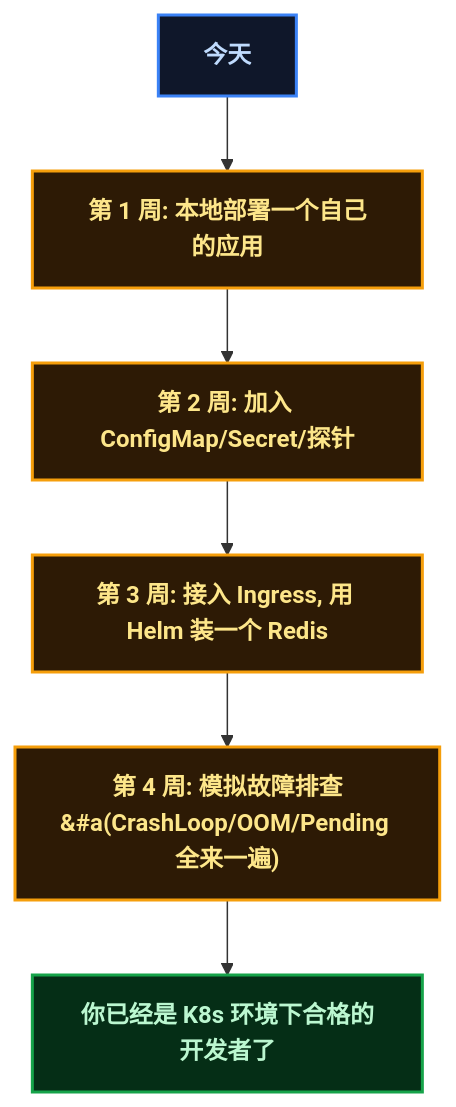
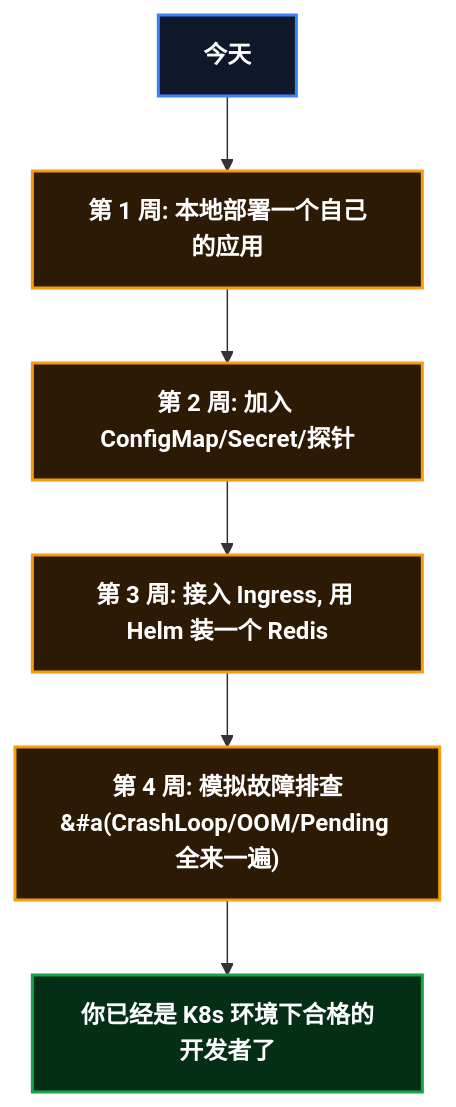
The fifth of 5 diagrams in content/posts/kubernetes/K8sDeveloperPanorama.md (yaocat55/yaocat55.github.io), drawn with Mermaid before and after one commit. The commit also changed other lines of this file and 27 other files, not shown here.

Commit message:
docs: 全系列 93 张 Mermaid 图 classDef 改为 style 强制深底白字(修复部分渲染器白底浅字)+历史文件格式清理

````diff
--- a/content/posts/kubernetes/K8sDeveloperPanorama.md
+++ b/content/posts/kubernetes/K8sDeveloperPanorama.md
@@ -545,24 +545,21 @@
 ```mermaid
 flowchart TD
   TODAY["今天"]
   W1["第 1 周: 本地部署一个自己的应用"]
   W2["第 2 周: 加入 ConfigMap/Secret/探针"]
   W3["第 3 周: 接入 Ingress, 用 Helm 装一个 Redis"]
   W4["第 4 周: 模拟故障排查&#a(CrashLoop/OOM/Pending 全来一遍)"]
   DONE["你已经是 K8s 环境下合格的开发者了"]
 
   TODAY --> W1
   W1 --> W2
   W2 --> W3
   W3 --> W4
   W4 --> DONE
-
-classDef start fill:#0f172a,stroke:#3b82f6,stroke-width:2px,color:#bfdbfe,font-weight:bold;
-  class TODAY start
-
-classDef step fill:#2d1a05,stroke:#f59e0b,stroke-width:2px,color:#fde68a,font-weight:bold;
-  class W1,W2,W3,W4 step
-
-classDef done fill:#052e16,stroke:#16a34a,stroke-width:2px,color:#bbf7d0,font-weight:bold;
-  class DONE done
+    style TODAY fill:#0f172a,stroke:#3b82f6,stroke-width:2px,color:#ffffff,font-weight:bold
+    style W1 fill:#2d1a05,stroke:#f59e0b,stroke-width:2px,color:#ffffff,font-weight:bold
+    style W2 fill:#2d1a05,stroke:#f59e0b,stroke-width:2px,color:#ffffff,font-weight:bold
+    style W3 fill:#2d1a05,stroke:#f59e0b,stroke-width:2px,color:#ffffff,font-weight:bold
+    style W4 fill:#2d1a05,stroke:#f59e0b,stroke-width:2px,color:#ffffff,font-weight:bold
+    style DONE fill:#052e16,stroke:#16a34a,stroke-width:2px,color:#ffffff,font-weight:bold
 ```
````
